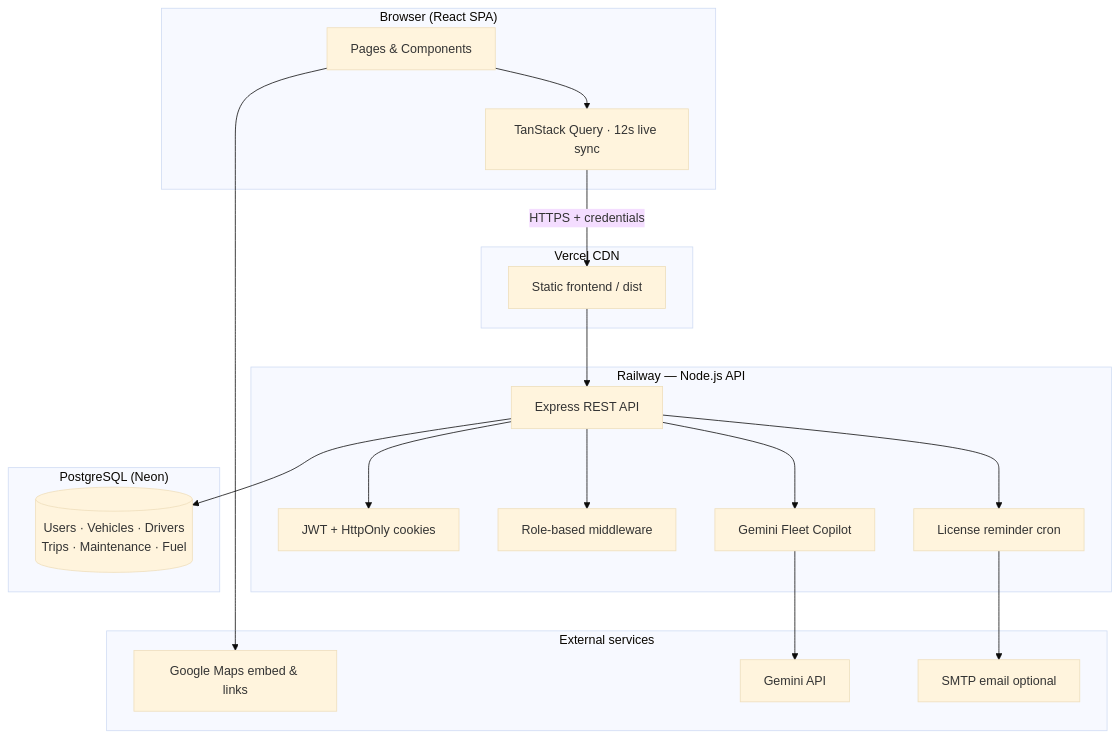
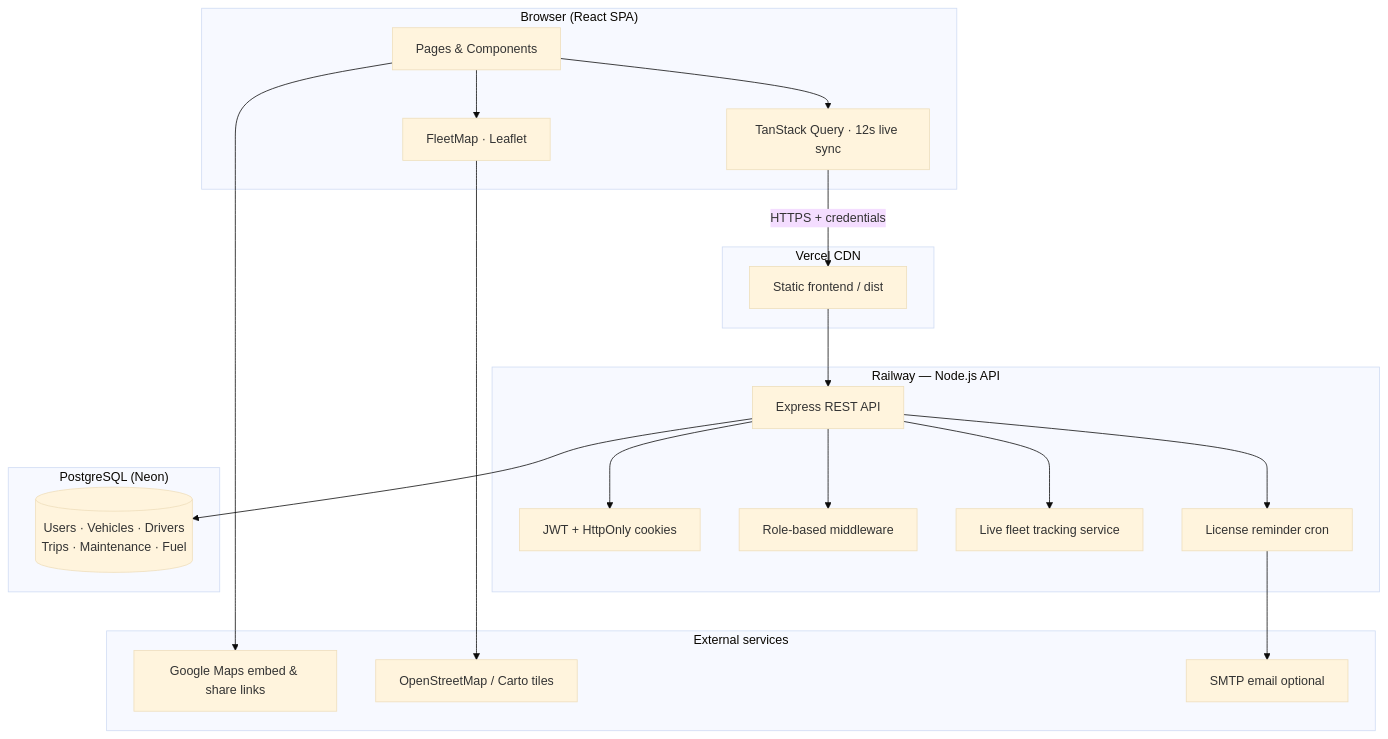
Before and after one commit to Harsimran-Dalal/TransitOps-Smart-Transport-Operations-Platform: the first of 2 diagrams in README.md, drawn with Mermaid (base theme). The commit also changed other lines of this file, not shown here.

````diff
--- a/README.md
+++ b/README.md
@@ -53,41 +64,43 @@
 ```mermaid
 flowchart TB
   subgraph Client["Browser (React SPA)"]
     UI[Pages & Components]
     RQ[TanStack Query · 12s live sync]
+    MAP[FleetMap · Leaflet]
     UI --> RQ
+    UI --> MAP
   end
 
   subgraph Vercel["Vercel CDN"]
     FE[Static frontend / dist]
   end
 
   subgraph Railway["Railway — Node.js API"]
     API[Express REST API]
     AUTH[JWT + HttpOnly cookies]
     RBAC[Role-based middleware]
+    TRACK[Live fleet tracking service]
     CRON[License reminder cron]
-    AI[Gemini Fleet Copilot]
     API --> AUTH
     API --> RBAC
+    API --> TRACK
     API --> CRON
-    API --> AI
   end
 
   subgraph Data["PostgreSQL (Neon)"]
     DB[(Users · Vehicles · Drivers\nTrips · Maintenance · Fuel)]
   end
 
   subgraph External["External services"]
-    GM[Google Maps embed & links]
-    GEM[Gemini API]
+    GM[Google Maps embed & share links]
+    OSM[OpenStreetMap / Carto tiles]
     SMTP[SMTP email optional]
   end
 
   RQ -->|HTTPS + credentials| FE
   FE --> API
   API --> DB
+  MAP --> OSM
   UI --> GM
-  AI --> GEM
   CRON --> SMTP
 ```
````
